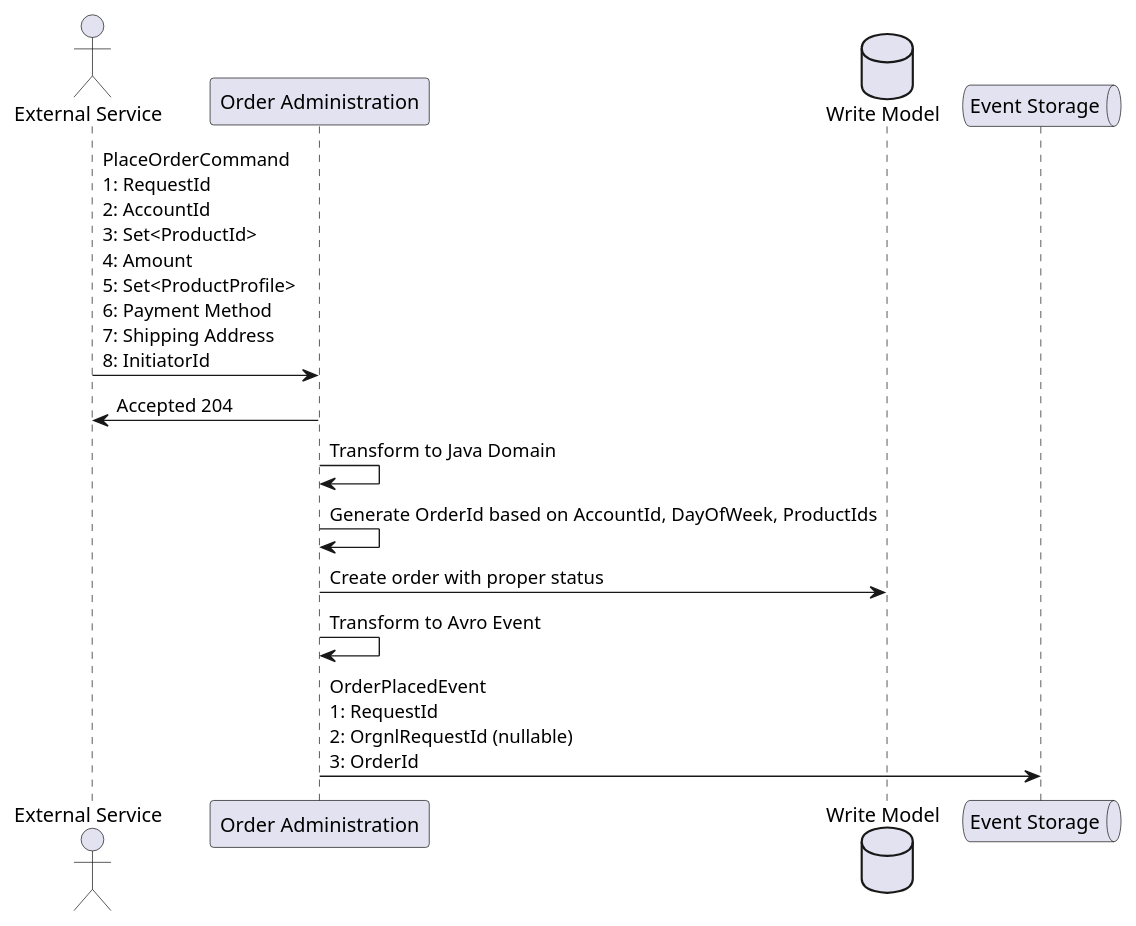
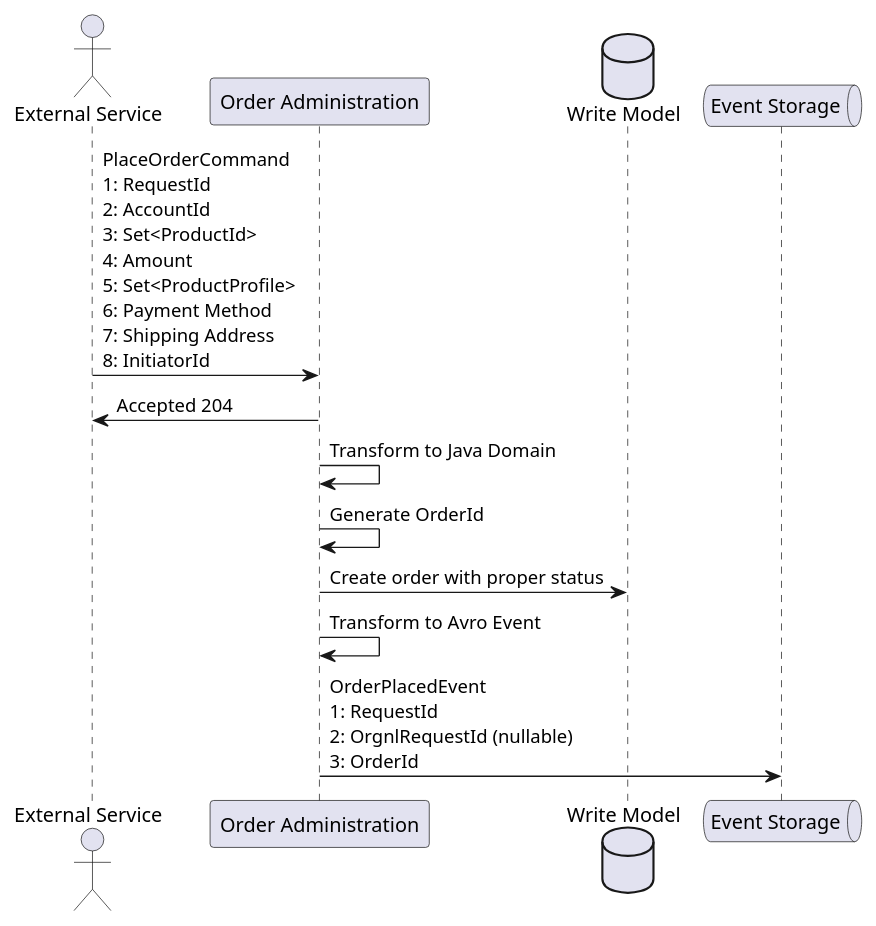
Before and after one commit to sokimaaa/order-administration: the diagram in 1-diagram/command/place-order-sequence.puml, drawn with PlantUML. The commit also changed 15 other files, not shown here.

```diff
--- a/1-diagram/command/place-order-sequence.puml
+++ b/1-diagram/command/place-order-sequence.puml
@@ -1,20 +1,20 @@
 @startuml
 'https://plantuml.com/sequence-diagram
 
 actor "External Service" as ES
 participant "Order Administration" as OA
 database "Write Model" as WM
 queue "Event Storage" as ESG
 
 ES -> OA: PlaceOrderCommand\n1: RequestId\n2: AccountId\n3: Set<ProductId>\n4: Amount\n5: Set<ProductProfile>\n6: Payment Method\n7: Shipping Address\n8: InitiatorId
 OA -> ES: Accepted 204
 OA -> OA: Transform to Java Domain
 
-OA -> OA: Generate OrderId based on AccountId, DayOfWeek, ProductIds
+OA -> OA: Generate OrderId
 
 OA -> WM: Create order with proper status
 
 OA -> OA: Transform to Avro Event
 OA -> ESG: OrderPlacedEvent\n1: RequestId\n2: OrgnlRequestId (nullable)\n3: OrderId
 
 @enduml
```
